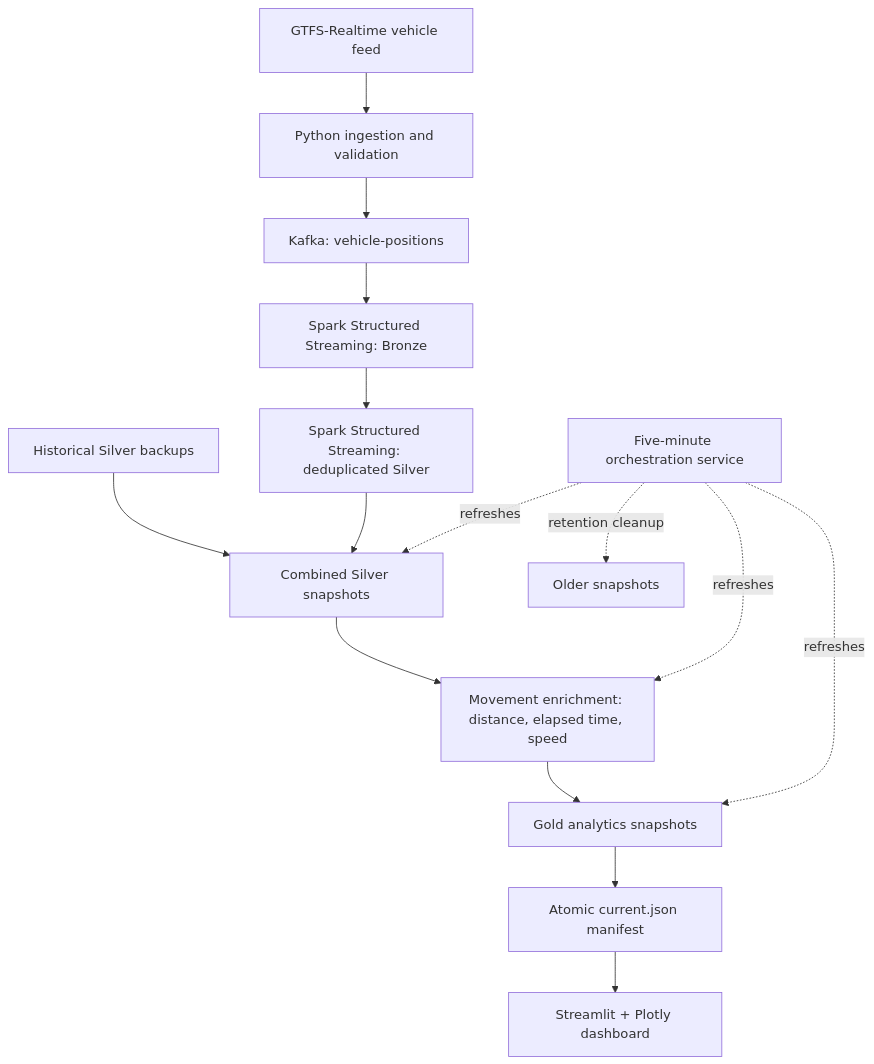
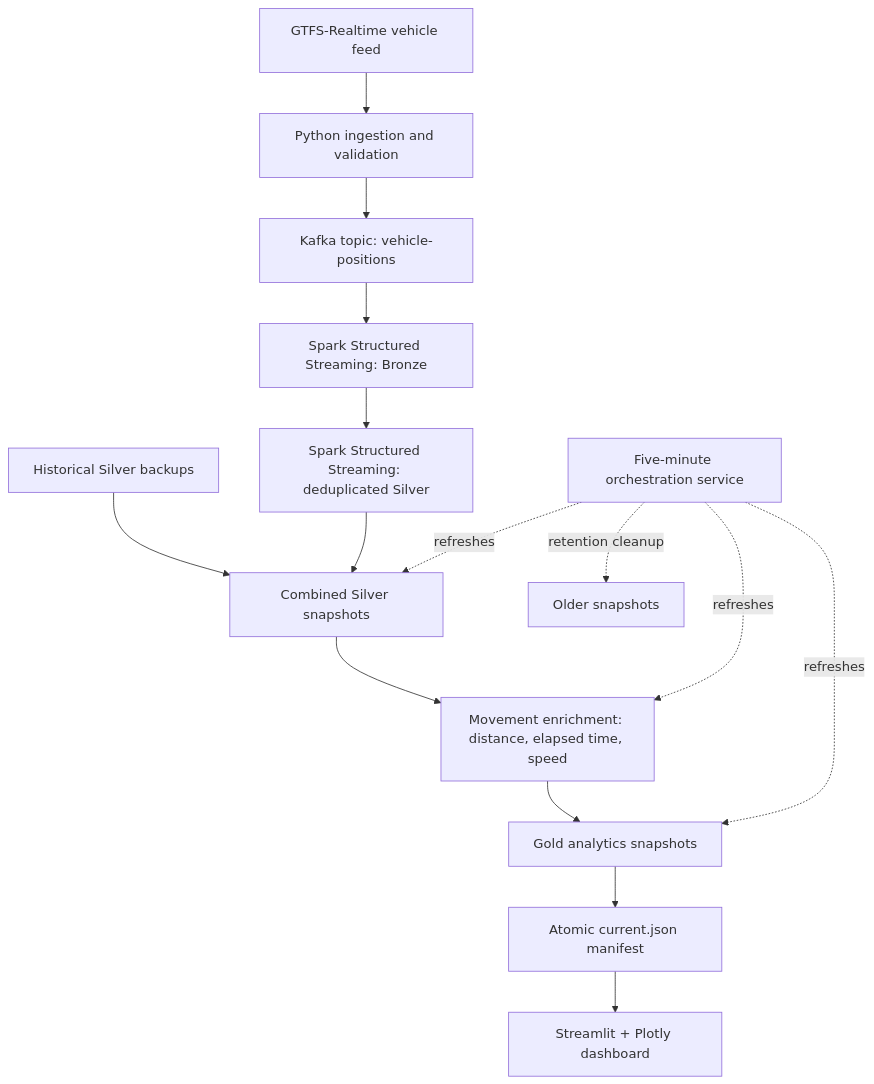
Before and after one commit to Uttam-38/real-time-mobility-platform: the diagram in README.md, drawn with Mermaid. The commit also changed other lines of this file, not shown here.

Commit message:
docs: improve project documentation and architecture

````diff
--- a/README.md
+++ b/README.md
@@ -7,17 +26,17 @@
 ```mermaid
 flowchart TD
     A[GTFS-Realtime vehicle feed] --> B[Python ingestion and validation]
-    B --> C[Kafka: vehicle-positions]
+    B --> C[Kafka topic: vehicle-positions]
     C --> D[Spark Structured Streaming: Bronze]
     D --> E[Spark Structured Streaming: deduplicated Silver]
     H[Historical Silver backups] --> F[Combined Silver snapshots]
     E --> F
     F --> G[Movement enrichment: distance, elapsed time, speed]
     G --> I[Gold analytics snapshots]
     I --> J[Atomic current.json manifest]
     J --> K[Streamlit + Plotly dashboard]
     L[Five-minute orchestration service] -. refreshes .-> F
     L -. refreshes .-> G
     L -. refreshes .-> I
     L -. retention cleanup .-> M[Older snapshots]
 ```
````
